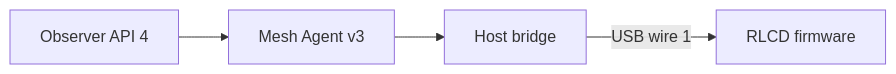
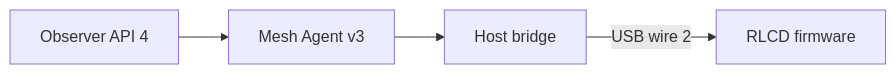
One commit to byebyebryan/esp32-rlcd changed the diagram in projects/agent-dashboard/README.md. Above: the diagram before and after it, drawn with Mermaid. The commit also changed other lines of this file and 22 other files, not shown here.

````diff
--- a/projects/agent-dashboard/README.md
+++ b/projects/agent-dashboard/README.md
@@ -32,6 +32,6 @@
 ```mermaid
 flowchart LR
     Observer[Observer API 4] --> Mesh[Mesh Agent v3]
     Mesh --> Bridge[Host bridge]
-    Bridge -->|USB wire 1| RLCD[RLCD firmware]
+    Bridge -->|USB wire 2| RLCD[RLCD firmware]
 ```
````
